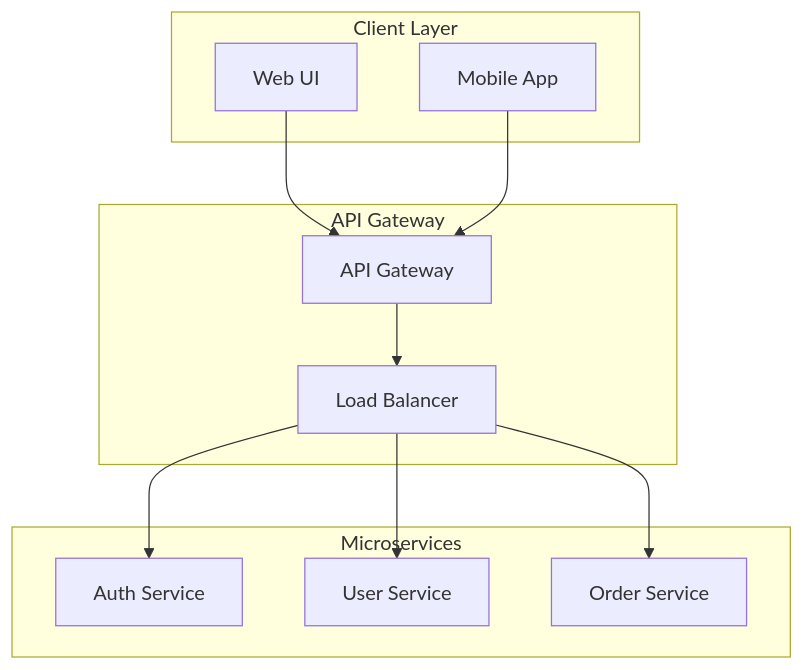
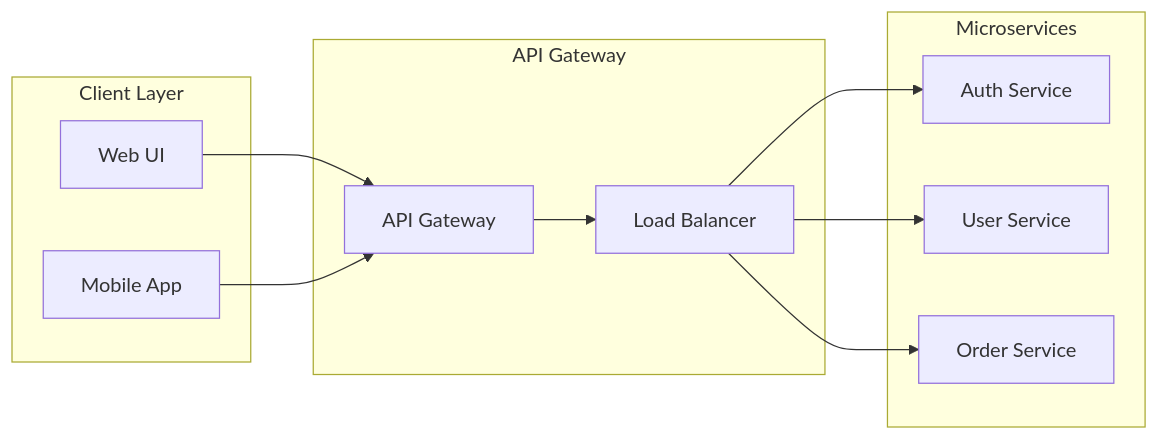
One commit to castocolina/learn-cloud changed the seventh of 9 diagrams in MERMAID-STANDARDS.md. Above: the diagram before and after it, drawn with Mermaid. The commit also changed other lines of this file and 4 other files, not shown here.

First line of the commit message:
feat(demo): [promt6A] add comprehensive library of Mermaid diagram examples for educational purposes

````diff
--- a/MERMAID-STANDARDS.md
+++ b/MERMAID-STANDARDS.md
@@ -237,25 +437,25 @@
 ```mermaid
-graph TB
+graph LR
     subgraph "Client Layer"
         UI["Web UI"]
         Mobile["Mobile App"]
     end
 
     subgraph "API Gateway"
         Gateway["API Gateway"]
         LB["Load Balancer"]
     end
 
     subgraph "Microservices"
         Auth["Auth Service"]
         User["User Service"]
         Order["Order Service"]
     end
 
     UI --> Gateway
     Mobile --> Gateway
     Gateway --> LB
     LB --> Auth
     LB --> User
     LB --> Order
 ```
````
